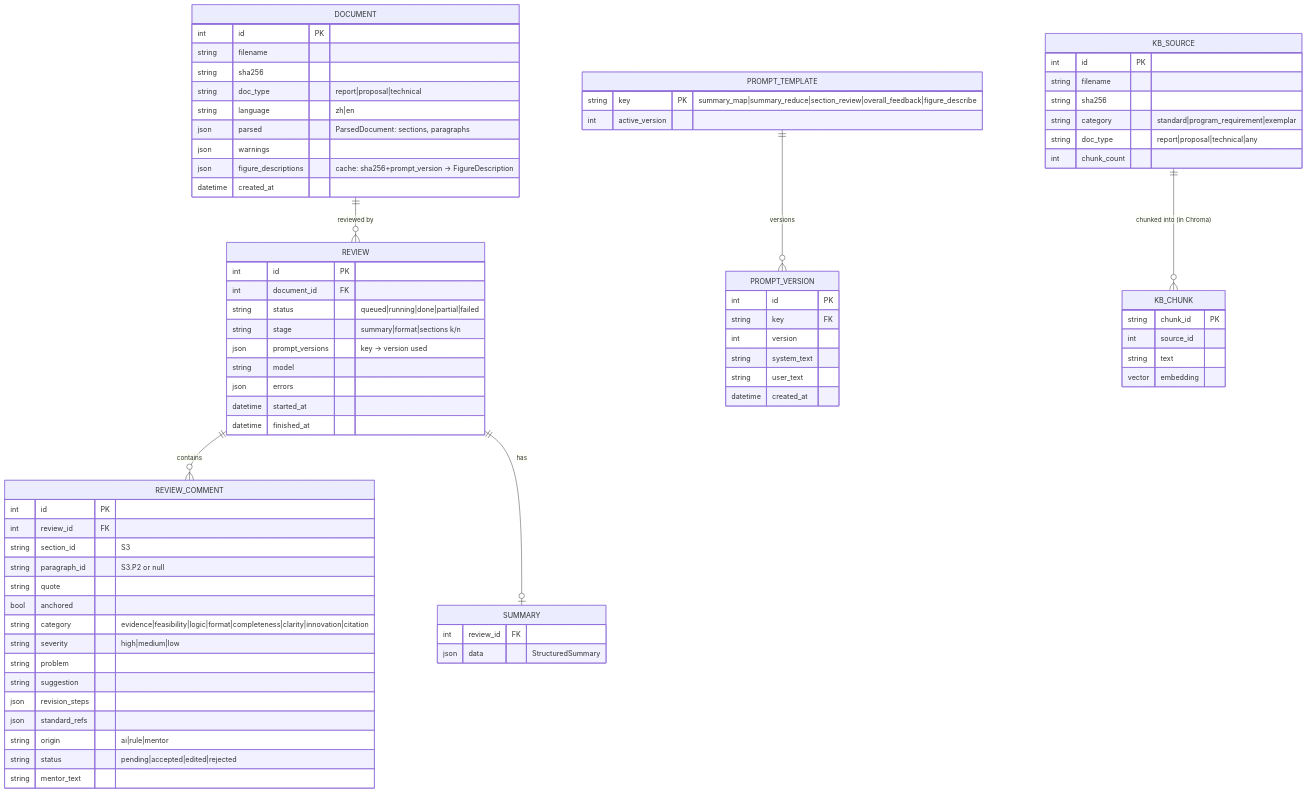
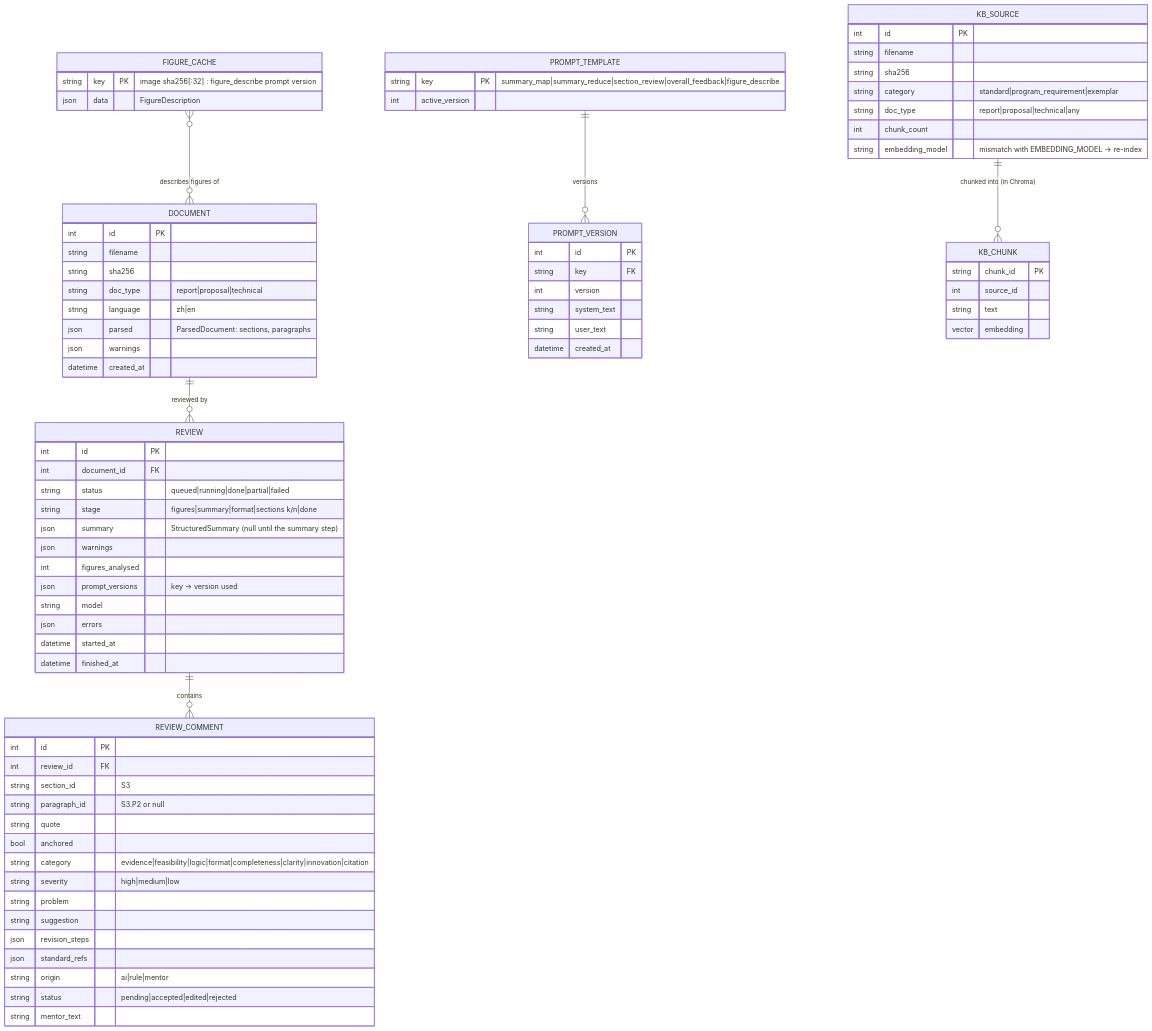
One commit to hamza-prof/industry-mentor-llm-agent changed the seventh of 9 diagrams in architecture.md. Above: the diagram before and after it, drawn with Mermaid. The commit also changed other lines of this file and 25 other files, not shown here.

````diff
--- a/architecture.md
+++ b/architecture.md
@@ -209,78 +209,81 @@
 ```mermaid
 erDiagram
     DOCUMENT ||--o{ REVIEW : "reviewed by"
     REVIEW ||--o{ REVIEW_COMMENT : contains
-    REVIEW ||--o| SUMMARY : has
+    FIGURE_CACHE }o--o{ DOCUMENT : "describes figures of"
     PROMPT_TEMPLATE ||--o{ PROMPT_VERSION : versions
     KB_SOURCE ||--o{ KB_CHUNK : "chunked into (in Chroma)"
 
     DOCUMENT {
         int id PK
         string filename
         string sha256
         string doc_type "report|proposal|technical"
         string language "zh|en"
         json parsed "ParsedDocument: sections, paragraphs"
         json warnings
-        json figure_descriptions "cache: sha256+prompt_version → FigureDescription"
         datetime created_at
     }
     REVIEW {
         int id PK
         int document_id FK
         string status "queued|running|done|partial|failed"
-        string stage "summary|format|sections k/n"
+        string stage "figures|summary|format|sections k/n|done"
+        json summary "StructuredSummary (null until the summary step)"
+        json warnings
+        int figures_analysed
         json prompt_versions "key → version used"
         string model
         json errors
         datetime started_at
         datetime finished_at
     }
-    SUMMARY {
-        int review_id FK
-        json data "StructuredSummary"
+    FIGURE_CACHE {
+        string key PK "image sha256[:32] : figure_describe prompt version"
+        json data "FigureDescription"
     }
     REVIEW_COMMENT {
         int id PK
         int review_id FK
         string section_id "S3"
         string paragraph_id "S3.P2 or null"
         string quote
         bool anchored
         string category "evidence|feasibility|logic|format|completeness|clarity|innovation|citation"
         string severity "high|medium|low"
         string problem
         string suggestion
         json revision_steps
         json standard_refs
         string origin "ai|rule|mentor"
         string status "pending|accepted|edited|rejected"
         string mentor_text
     }
     PROMPT_TEMPLATE {
         string key PK "summary_map|summary_reduce|section_review|overall_feedback|figure_describe"
         int active_version
     }
     PROMPT_VERSION {
         int id PK
         string key FK
         int version
         string system_text
         string user_text
         datetime created_at
     }
     KB_SOURCE {
         int id PK
         string filename
         string sha256
         string category "standard|program_requirement|exemplar"
         string doc_type "report|proposal|technical|any"
         int chunk_count
+        string embedding_model "mismatch with EMBEDDING_MODEL → re-index"
     }
     KB_CHUNK {
         string chunk_id PK
         int source_id
         string text
         vector embedding
     }
 ```
````
